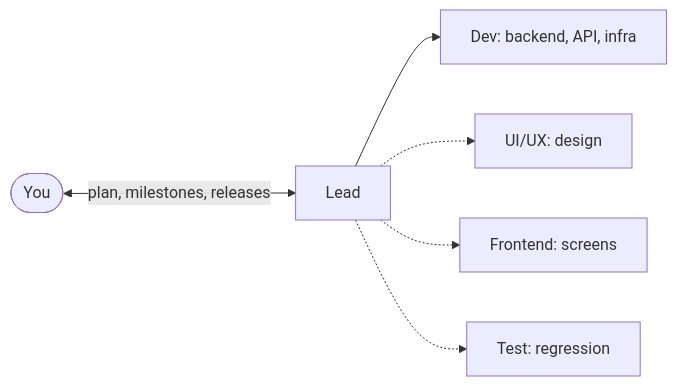
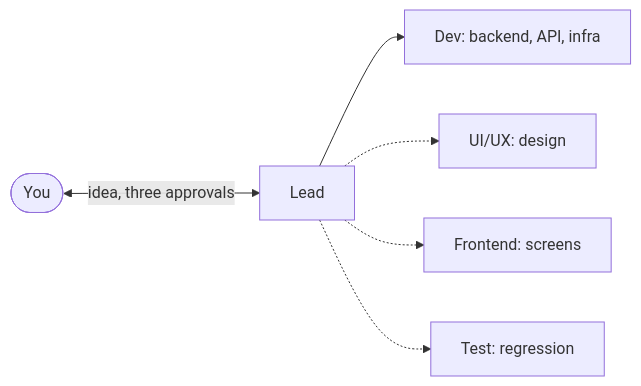
The diagram in README.md (liquizzz/crewbook-build), drawn with Mermaid before and after one commit. The commit also changed other lines of this file and 29 other files, not shown here.

````diff
--- a/README.md
+++ b/README.md
@@ -25,8 +21,8 @@
 ```mermaid
 flowchart LR
-  You(["You"]) <-- "plan, milestones, releases" --> Lead
+  You(["You"]) <-- "idea, three approvals" --> Lead
   Lead --> Dev["Dev: backend, API, infra"]
   Lead -.-> UX["UI/UX: design"]
   Lead -.-> FE["Frontend: screens"]
   Lead -.-> Test["Test: regression"]
 ```
````
